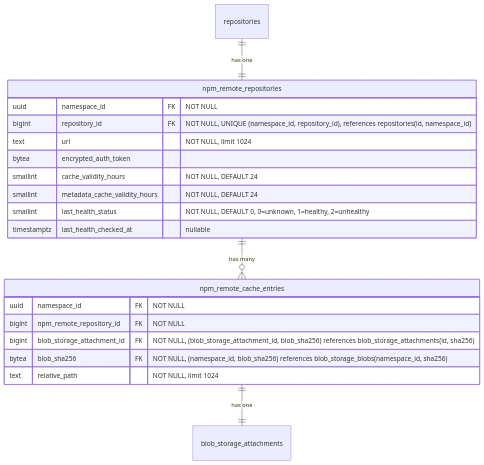
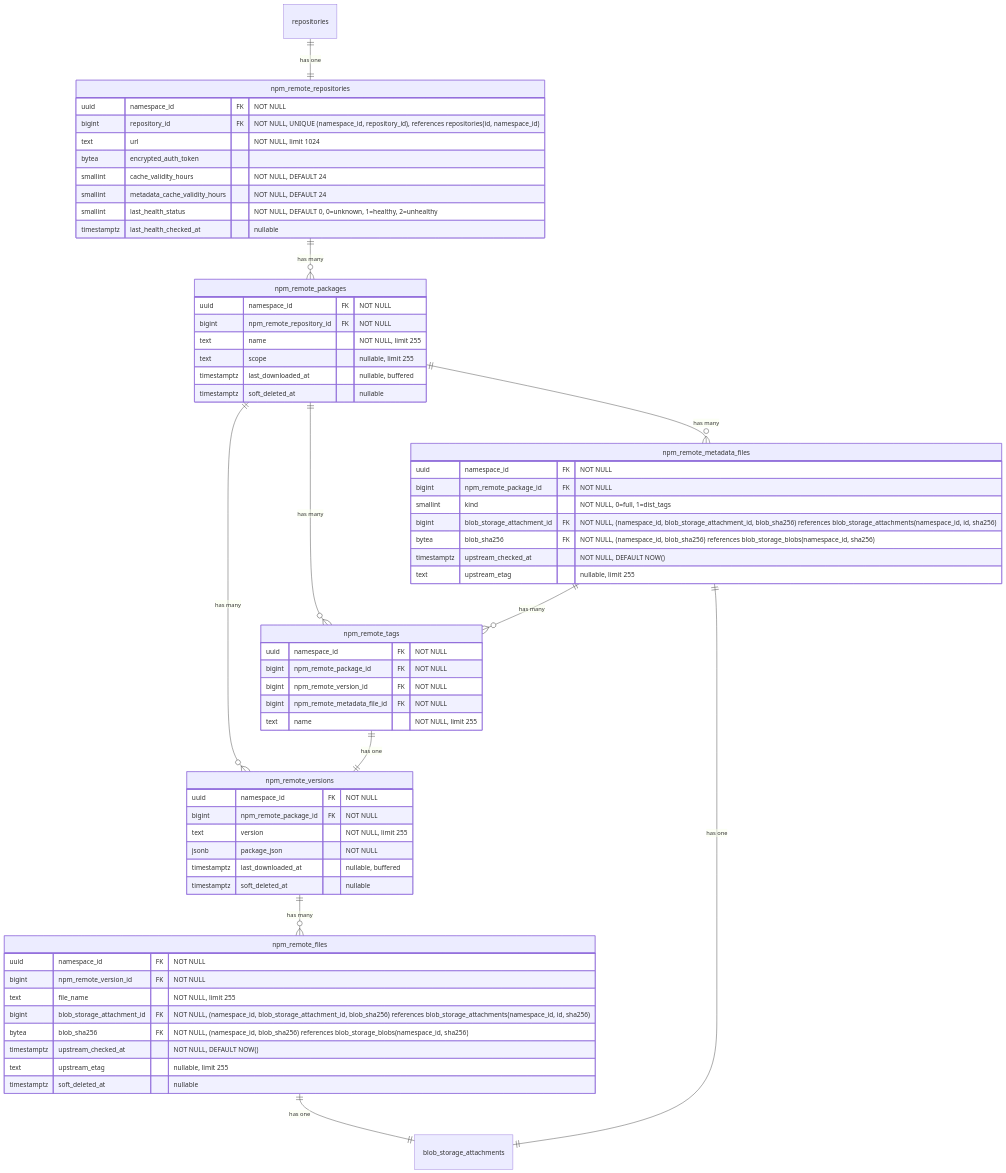
Before and after one commit to kyama0/gitlab-handbook-ja: diagram 14 of 19 in content/handbook/engineering/architecture/design-documents/artifact_registry/decisions/007_database_schema.md, drawn with Mermaid. The commit also changed other lines of this file and 1 other file, not shown here.

First line of the commit message:
translation: batch 2026-05-18-1 part 2 (ADR-007 database schema)

````diff
--- a/content/handbook/engineering/architecture/design-documents/artifact_registry/decisions/007_database_schema.md
+++ b/content/handbook/engineering/architecture/design-documents/artifact_registry/decisions/007_database_schema.md
@@ -1017,25 +1107,71 @@
 ```mermaid
 erDiagram
     repositories ||--|| npm_remote_repositories : "has one"
-    npm_remote_repositories ||--o{ npm_remote_cache_entries : "has many"
-    npm_remote_cache_entries ||--|| blob_storage_attachments : "has one"
+    npm_remote_repositories ||--o{ npm_remote_packages : "has many"
+    npm_remote_packages ||--o{ npm_remote_versions : "has many"
+    npm_remote_packages ||--o{ npm_remote_tags : "has many"
+    npm_remote_packages ||--o{ npm_remote_metadata_files : "has many"
+    npm_remote_metadata_files ||--o{ npm_remote_tags : "has many"
+    npm_remote_versions ||--o{ npm_remote_files : "has many"
+    npm_remote_tags ||--|| npm_remote_versions : "has one"
+    npm_remote_metadata_files ||--|| blob_storage_attachments : "has one"
+    npm_remote_files ||--|| blob_storage_attachments : "has one"
 
     npm_remote_repositories {
         uuid namespace_id FK "NOT NULL"
         bigint repository_id FK "NOT NULL, UNIQUE (namespace_id, repository_id), references repositories(id, namespace_id)"
         text url "NOT NULL, limit 1024"
         bytea encrypted_auth_token
         smallint cache_validity_hours "NOT NULL, DEFAULT 24"
         smallint metadata_cache_validity_hours "NOT NULL, DEFAULT 24"
         smallint last_health_status "NOT NULL, DEFAULT 0, 0=unknown, 1=healthy, 2=unhealthy"
         timestamptz last_health_checked_at "nullable"
     }
 
-    npm_remote_cache_entries {
+    npm_remote_packages {
         uuid namespace_id FK "NOT NULL"
         bigint npm_remote_repository_id FK "NOT NULL"
-        bigint blob_storage_attachment_id FK "NOT NULL, (blob_storage_attachment_id, blob_sha256) references blob_storage_attachments(id, sha256)"
+        text name "NOT NULL, limit 255"
+        text scope "nullable, limit 255"
+        timestamptz last_downloaded_at "nullable, buffered"
+        timestamptz soft_deleted_at "nullable"
+    }
+
+    npm_remote_versions {
+        uuid namespace_id FK "NOT NULL"
+        bigint npm_remote_package_id FK "NOT NULL"
+        text version "NOT NULL, limit 255"
+        jsonb package_json "NOT NULL"
+        timestamptz last_downloaded_at "nullable, buffered"
+        timestamptz soft_deleted_at "nullable"
+    }
+
+    npm_remote_tags {
+        uuid namespace_id FK "NOT NULL"
+        bigint npm_remote_package_id FK "NOT NULL"
+        bigint npm_remote_version_id FK "NOT NULL"
+        bigint npm_remote_metadata_file_id FK "NOT NULL"
+        text name "NOT NULL, limit 255"
+    }
+
+    npm_remote_metadata_files {
+        uuid namespace_id FK "NOT NULL"
+        bigint npm_remote_package_id FK "NOT NULL"
+        smallint kind "NOT NULL, 0=full, 1=dist_tags"
+        bigint blob_storage_attachment_id FK "NOT NULL, (namespace_id, blob_storage_attachment_id, blob_sha256) references blob_storage_attachments(namespace_id, id, sha256)"
         bytea blob_sha256 FK "NOT NULL, (namespace_id, blob_sha256) references blob_storage_blobs(namespace_id, sha256)"
-        text relative_path "NOT NULL, limit 1024"
+        timestamptz upstream_checked_at "NOT NULL, DEFAULT NOW()"
+        text upstream_etag "nullable, limit 255"
+    }
+
+    npm_remote_files {
+        uuid namespace_id FK "NOT NULL"
+        bigint npm_remote_version_id FK "NOT NULL"
+        text file_name "NOT NULL, limit 255"
+        bigint blob_storage_attachment_id FK "NOT NULL, (namespace_id, blob_storage_attachment_id, blob_sha256) references blob_storage_attachments(namespace_id, id, sha256)"
+        bytea blob_sha256 FK "NOT NULL, (namespace_id, blob_sha256) references blob_storage_blobs(namespace_id, sha256)"
+        timestamptz upstream_checked_at "NOT NULL, DEFAULT NOW()"
+        text upstream_etag "nullable, limit 255"
+        timestamptz soft_deleted_at "nullable"
     }
 ```
````
